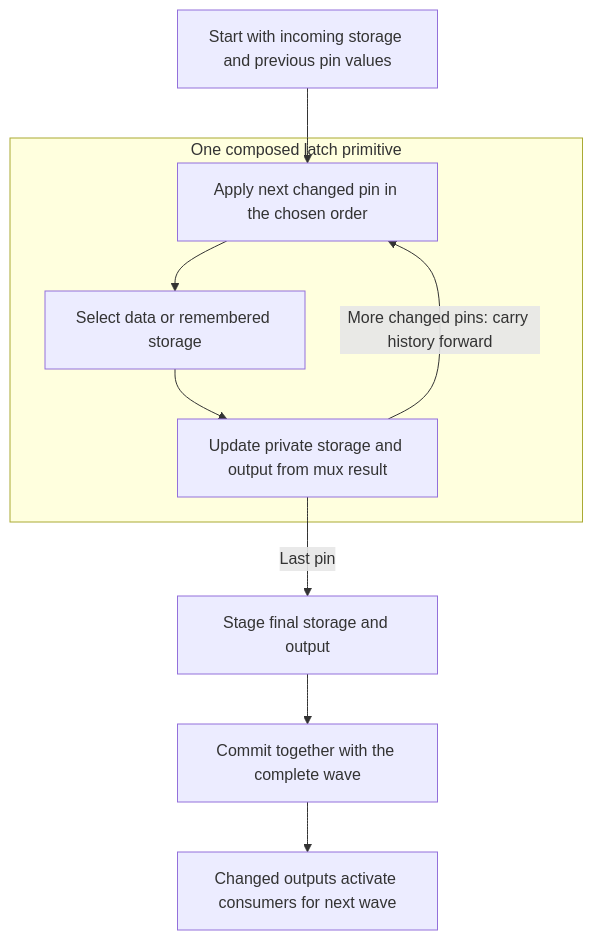
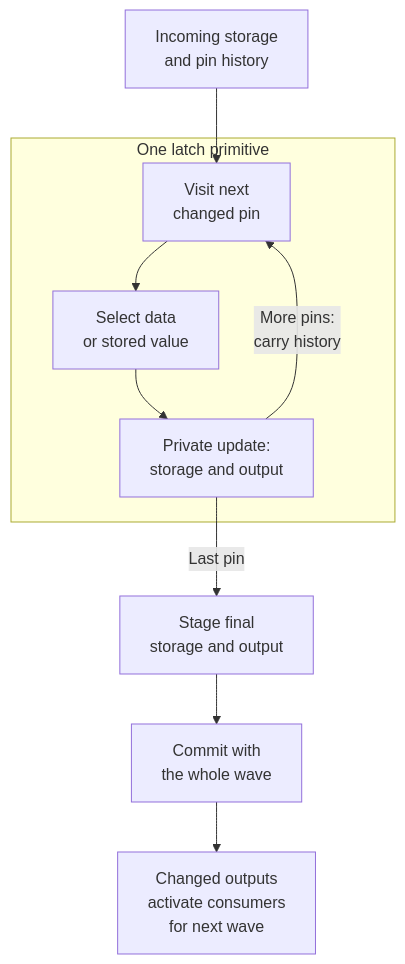
One commit to keplertech/kepler-formal changed the second of 2 diagrams in docs/sec-latch-implementation.md. Above: the diagram before and after it, drawn with Mermaid. The commit also changed other lines of this file and 1 other file, not shown here.

Commit message:
docs(sec): shorten and wrap latch diagram labels

````diff
--- a/docs/sec-latch-implementation.md
+++ b/docs/sec-latch-implementation.md
@@ -52,13 +52,13 @@
 ```mermaid
 flowchart TD
-    A[Start with incoming storage and previous pin values] --> P
-    subgraph L[One composed latch primitive]
-        P[Apply next changed pin in the chosen order] --> M
-        M[Select data or remembered storage] --> R
-        R[Update private storage and output from mux result]
-        R -->|More changed pins: carry history forward| P
+    A["Incoming storage<br/>and pin history"] --> P
+    subgraph L["One latch primitive"]
+        P["Visit next<br/>changed pin"] --> M
+        M["Select data<br/>or stored value"] --> R
+        R["Private update:<br/>storage and output"]
+        R -->|"More pins:<br/>carry history"| P
     end
-    R -->|Last pin| S[Stage final storage and output]
-    S --> W[Commit together with the complete wave]
-    W --> N[Changed outputs activate consumers for next wave]
+    R -->|Last pin| S["Stage final<br/>storage and output"]
+    S --> W["Commit with<br/>the whole wave"]
+    W --> N["Changed outputs<br/>activate consumers<br/>for next wave"]
 ```
````
